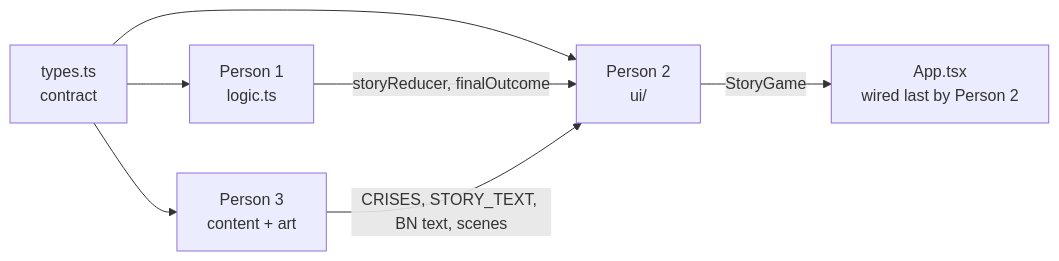
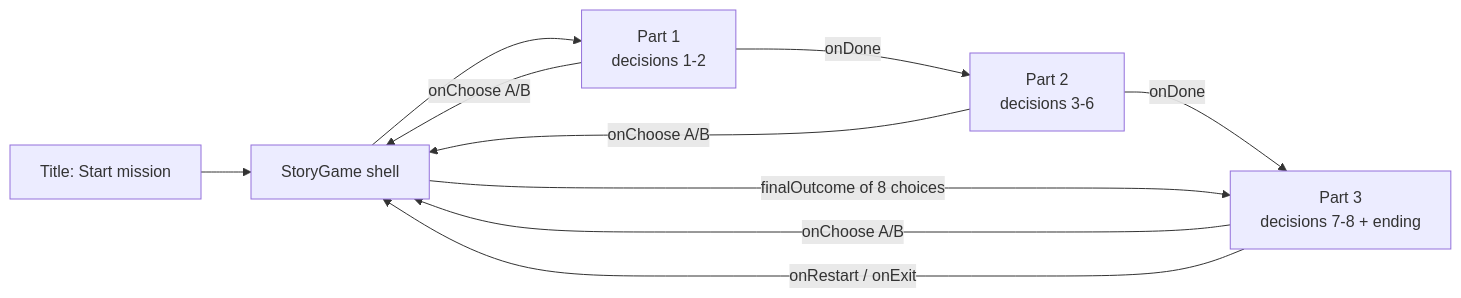
Before and after one commit to BinaryBandits-Hackathon/lunar-lifeline: the diagram in docs/team/README.md, drawn with Mermaid. The commit also changed other lines of this file and 31 other files, not shown here.

First line of the commit message:
Practical update on the official proposal: master story and 3-part team split

````diff
--- a/docs/team/README.md
+++ b/docs/team/README.md
@@ -31,9 +44,10 @@
 ```mermaid
 flowchart LR
-  T[types.ts<br/>contract] --> L[Person 1<br/>logic.ts]
-  T --> C[Person 3<br/>content + art]
-  T --> U[Person 2<br/>ui/]
-  L -- storyReducer, finalOutcome --> U
-  C -- CRISES, STORY_TEXT, BN text, scenes --> U
-  U -- StoryGame --> A[App.tsx<br/>wired last by Person 2]
+  T[Title: Start mission] --> S[StoryGame shell]
+  S --> P1[Part 1<br/>decisions 1-2]
+  P1 -- onDone --> P2[Part 2<br/>decisions 3-6]
+  P2 -- onDone --> P3[Part 3<br/>decisions 7-8 + ending]
+  P1 & P2 & P3 -- onChoose A/B --> S
+  S -- finalOutcome of 8 choices --> P3
+  P3 -- onRestart / onExit --> S
 ```
````
